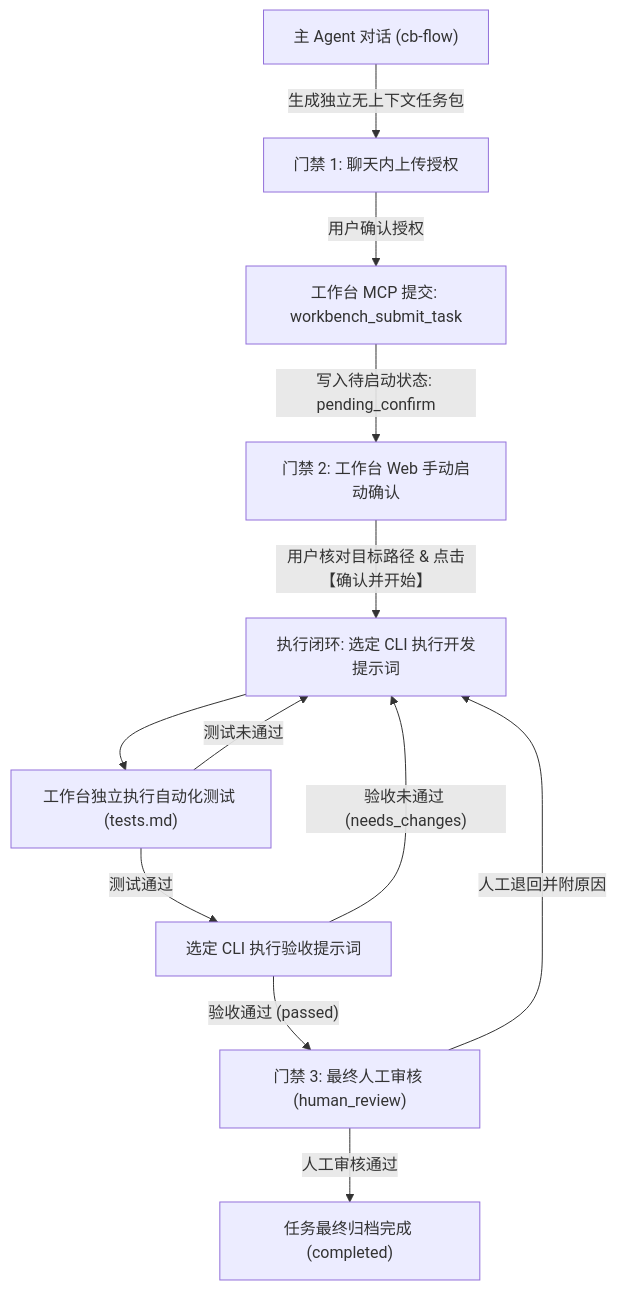
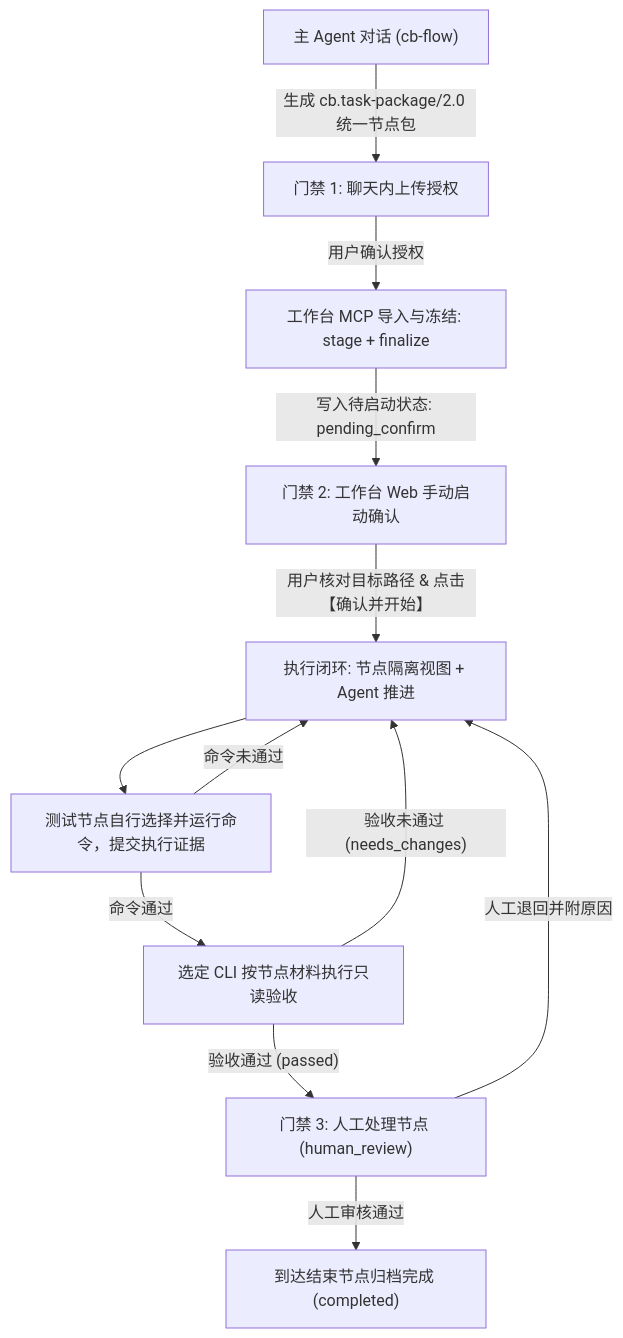
One commit to BLuIshCB/CBWorkBench changed the diagram in README.md. Above: the diagram before and after it, drawn with Mermaid. The commit also changed other lines of this file and 4 other files, not shown here.

````diff
--- a/README.md
+++ b/README.md
@@ -12,14 +12,14 @@
 ```mermaid
 flowchart TD
-    A["主 Agent 对话 (cb-flow)"] -->|"生成独立无上下文任务包"| B["门禁 1: 聊天内上传授权"]
-    B -->|"用户确认授权"| C["工作台 MCP 提交: workbench_submit_task"]
+    A["主 Agent 对话 (cb-flow)"] -->|"生成 cb.task-package/2.0 统一节点包"| B["门禁 1: 聊天内上传授权"]
+    B -->|"用户确认授权"| C["工作台 MCP 导入与冻结: stage + finalize"]
     C -->|"写入待启动状态: pending_confirm"| D["门禁 2: 工作台 Web 手动启动确认"]
-    D -->|"用户核对目标路径 & 点击【确认并开始】"| E["执行闭环: 选定 CLI 执行开发提示词"]
-    E --> F["工作台独立执行自动化测试 (tests.md)"]
-    F -->|"测试未通过"| E
-    F -->|"测试通过"| G["选定 CLI 执行验收提示词"]
+    D -->|"用户核对目标路径 & 点击【确认并开始】"| E["执行闭环: 节点隔离视图 + Agent 推进"]
+    E --> F["测试节点自行选择并运行命令，提交执行证据"]
+    F -->|"命令未通过"| E
+    F -->|"命令通过"| G["选定 CLI 按节点材料执行只读验收"]
     G -->|"验收未通过 (needs_changes)"| E
-    G -->|"验收通过 (passed)"| H["门禁 3: 最终人工审核 (human_review)"]
+    G -->|"验收通过 (passed)"| H["门禁 3: 人工处理节点 (human_review)"]
     H -->|"人工退回并附原因"| E
-    H -->|"人工审核通过"| I["任务最终归档完成 (completed)"]
+    H -->|"人工审核通过"| I["到达结束节点归档完成 (completed)"]
 ```
````
